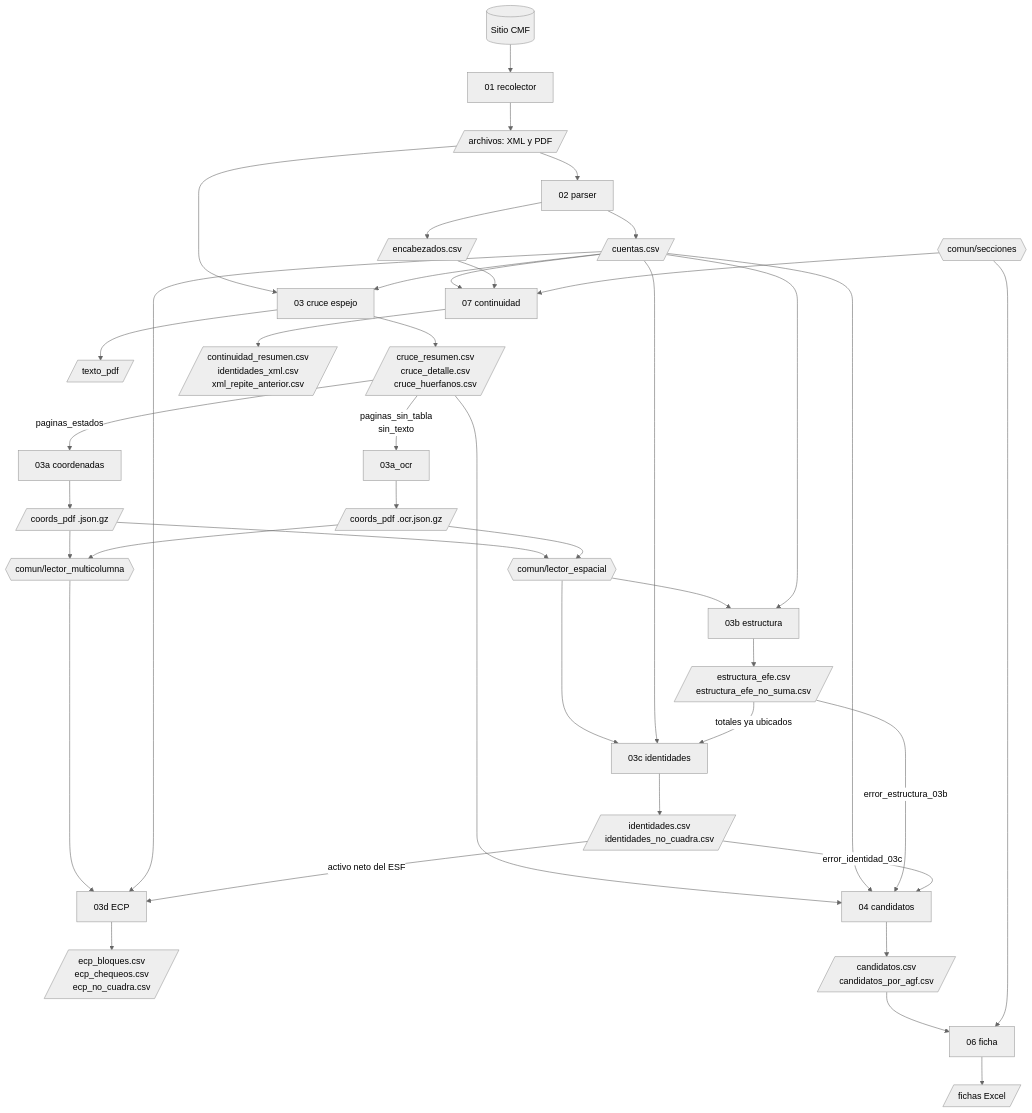
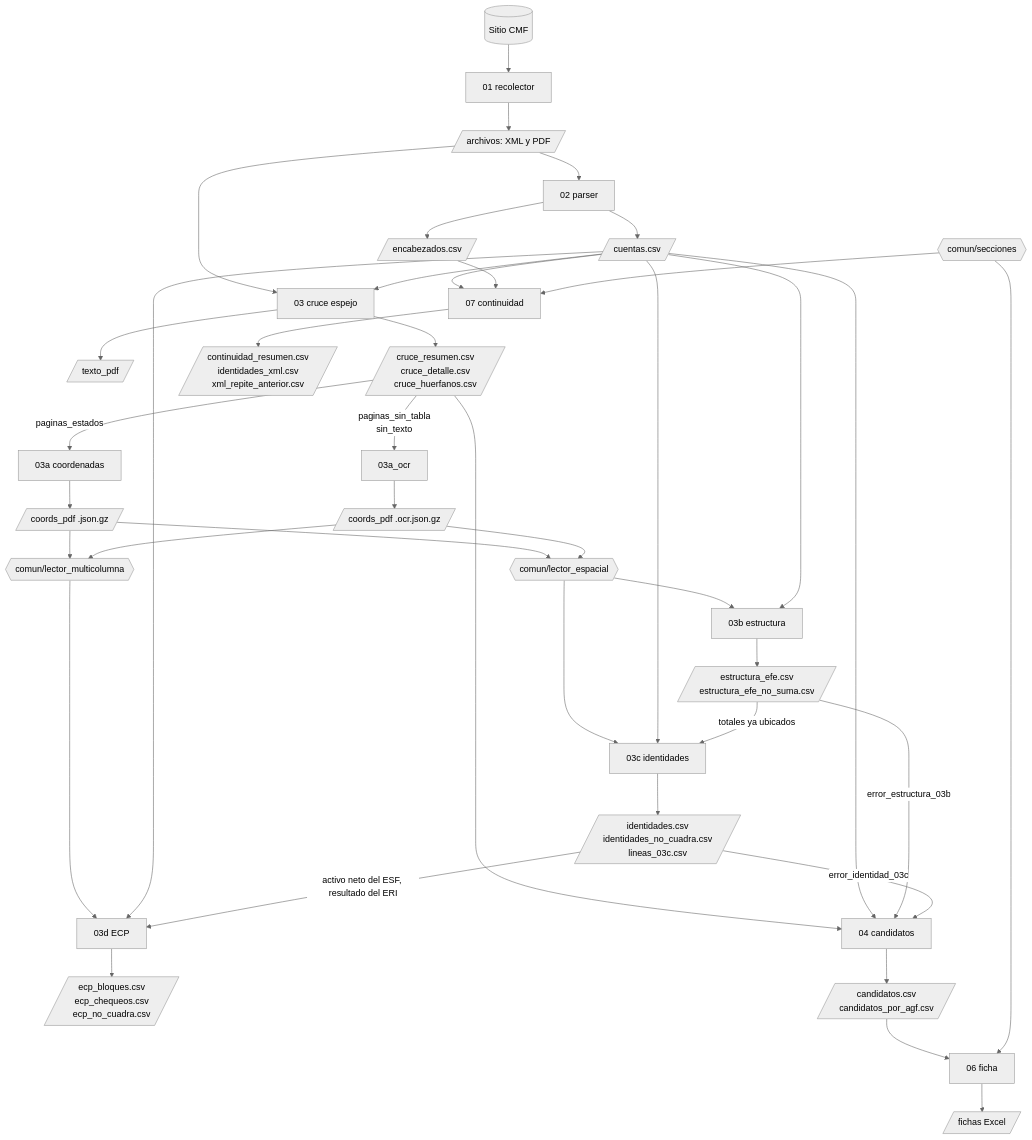
One commit to Nicovh-Analytics/cmf-eeff-consistencia changed the diagram in docs/mapa.md. Above: the diagram before and after it, drawn with Mermaid (neutral theme). The commit also changed 6 other files, not shown here.

Commit message:
03d: cobertura del ECP 86,5->92,4%, cruce resultado ERI = ECP, glosa desactualizada

````diff
--- a/docs/mapa.md
+++ b/docs/mapa.md
@@ -7,50 +7,50 @@
 ```mermaid
 flowchart TB
     CMF[(Sitio CMF)] --> E01[01 recolector]
     E01 --> ARCH[/archivos: XML y PDF/]
 
     ARCH --> E02[02 parser]
     E02 --> ENC[/encabezados.csv/]
     E02 --> CTA[/cuentas.csv/]
 
     ARCH --> E03[03 cruce espejo]
     CTA --> E03
     E03 --> TXT[/texto_pdf/]
     E03 --> CRU[/cruce_resumen.csv<br>cruce_detalle.csv<br>cruce_huerfanos.csv/]
 
     CRU -->|paginas_estados| E03a[03a coordenadas]
     CRU -->|paginas_sin_tabla<br>sin_texto| E03o[03a_ocr]
     E03a --> COO[/coords_pdf .json.gz/]
     E03o --> OCR[/coords_pdf .ocr.json.gz/]
 
     COO --> LE{{comun/lector_espacial}}
     OCR --> LE
     LE --> E03b[03b estructura]
     LE --> E03c[03c identidades]
     CTA --> E03b
     CTA --> E03c
     E03b --> EST[/estructura_efe.csv<br>estructura_efe_no_suma.csv/]
     EST -->|totales ya ubicados| E03c
-    E03c --> IDE[/identidades.csv<br>identidades_no_cuadra.csv/]
+    E03c --> IDE[/identidades.csv<br>identidades_no_cuadra.csv<br>lineas_03c.csv/]
     COO --> LM{{comun/lector_multicolumna}}
     OCR --> LM
     LM --> E03d[03d ECP]
     CTA --> E03d
-    IDE -->|activo neto del ESF| E03d
+    IDE -->|activo neto del ESF, resultado del ERI| E03d
     E03d --> ECP[/ecp_bloques.csv<br>ecp_chequeos.csv<br>ecp_no_cuadra.csv/]
 
     CRU --> E04[04 candidatos]
     CTA --> E04
     EST -->|error_estructura_03b| E04
     IDE -->|error_identidad_03c| E04
     E04 --> CAN[/candidatos.csv<br>candidatos_por_agf.csv/]
 
     CTA --> E07[07 continuidad]
     ENC --> E07
     SEC{{comun/secciones}} --> E07
     E07 --> CON[/continuidad_resumen.csv<br>identidades_xml.csv<br>xml_repite_anterior.csv/]
 
     CAN --> E06[06 ficha]
     SEC --> E06
     E06 --> FIC[/fichas Excel/]
 ```
````
